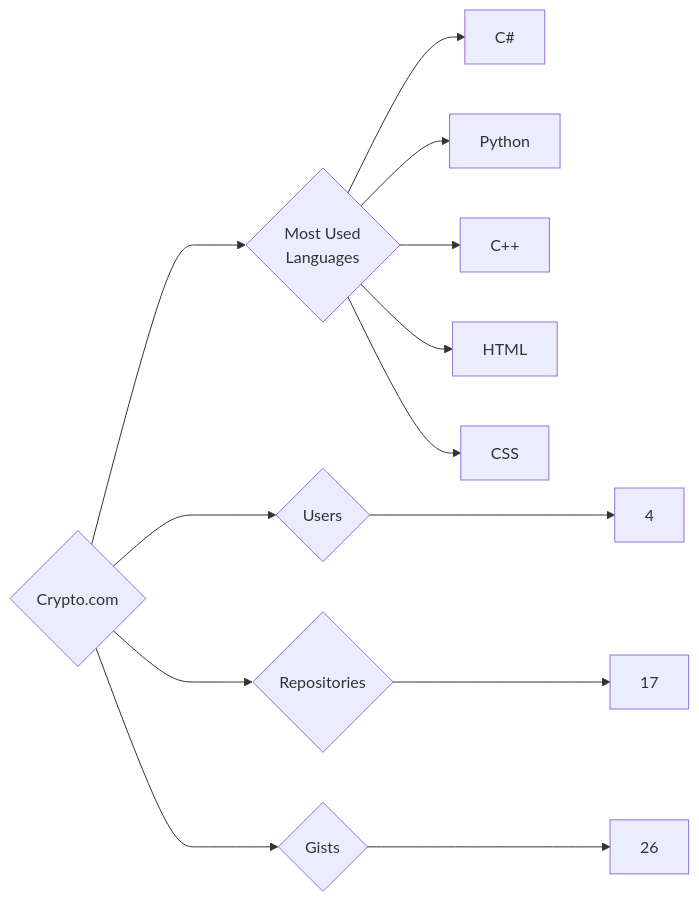
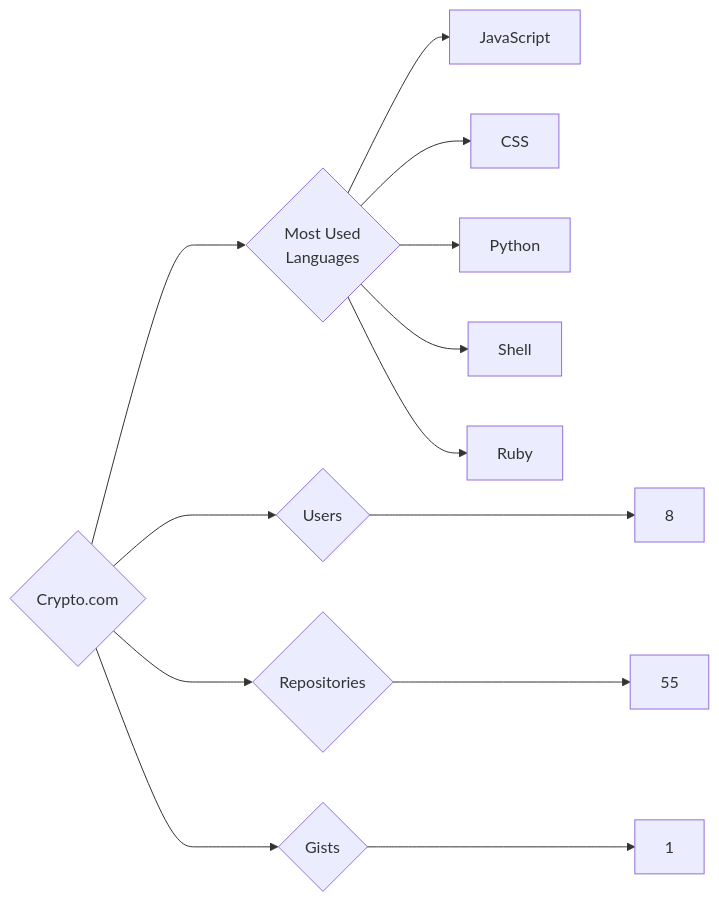
Before and after one commit to trickest/insiders: the diagram in targets/Crypto.com/README.md, drawn with Mermaid. The commit also changed 912 other files, not shown here.

````diff
--- a/targets/Crypto.com/README.md
+++ b/targets/Crypto.com/README.md
@@ -3,13 +3,13 @@
 ```mermaid
 graph LR
 COMPANY_NAME{Crypto.com}
-COMPANY_NAME ---> U{Users} ---> UN[4]
-COMPANY_NAME ---> R{Repositories} ---> RN[17]
-COMPANY_NAME ---> G{Gists} ---> GN[26]
+COMPANY_NAME ---> U{Users} ---> UN[8]
+COMPANY_NAME ---> R{Repositories} ---> RN[55]
+COMPANY_NAME ---> G{Gists} ---> GN[1]
 COMPANY_NAME ---> ML{Most Used<br>Languages}
-ML --> C#[C#]
+ML --> JavaScript[JavaScript]
+ML --> CSS[CSS]
 ML --> Python[Python]
-ML --> C++[C++]
-ML --> HTML[HTML]
-ML --> CSS[CSS]
+ML --> Shell[Shell]
+ML --> Ruby[Ruby]
 ```
````
